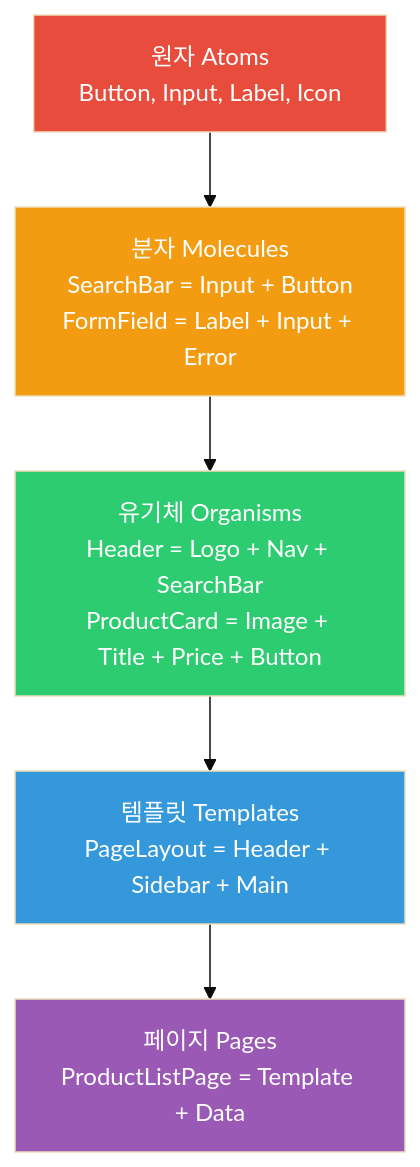
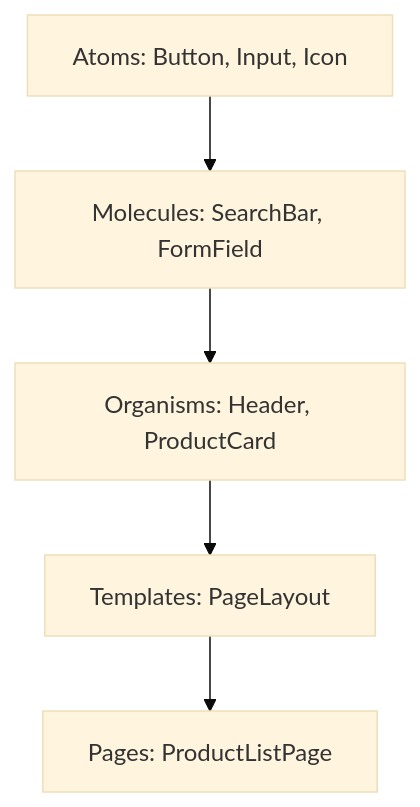
Before and after one commit to yjkim2015/yjkim2015.github.io: the first of 7 diagrams in _posts/frontend/2026-05-02-frontend-architecture.md, drawn with Mermaid (base theme). The commit also changed other lines of this file and 215 other files, not shown here.

First line of the commit message:
신규 포스트 10개 추가 + Mermaid 전면 축소 + SystemDesign 시리즈 보강

````diff
--- a/_posts/frontend/2026-05-02-frontend-architecture.md
+++ b/_posts/frontend/2026-05-02-frontend-architecture.md
@@ -26,19 +26,9 @@
 ```mermaid
 graph TD
-    ATOMS["원자 Atoms<br>Button, Input, Label, Icon"]
-    MOLECULES["분자 Molecules<br>SearchBar = Input + Button<br>FormField = Label + Input + Error"]
-    ORGANISMS["유기체 Organisms<br>Header = Logo + Nav + SearchBar<br>ProductCard = Image + Title + Price + Button"]
-    TEMPLATES["템플릿 Templates<br>PageLayout = Header + Sidebar + Main"]
-    PAGES["페이지 Pages<br>ProductListPage = Template + Data"]
-
-    ATOMS --> MOLECULES
-    MOLECULES --> ORGANISMS
-    ORGANISMS --> TEMPLATES
-    TEMPLATES --> PAGES
-
-    style ATOMS fill:#e74c3c,color:#fff
-    style MOLECULES fill:#f39c12,color:#fff
-    style ORGANISMS fill:#2ecc71,color:#fff
-    style TEMPLATES fill:#3498db,color:#fff
-    style PAGES fill:#9b59b6,color:#fff
+    ATOMS["Atoms: Button, Input, Icon"]
+    MOLECULES["Molecules: SearchBar, FormField"]
+    ORGANISMS["Organisms: Header, ProductCard"]
+    TEMPLATES["Templates: PageLayout"]
+    PAGES["Pages: ProductListPage"]
+    ATOMS --> MOLECULES --> ORGANISMS --> TEMPLATES --> PAGES
 ```
````
